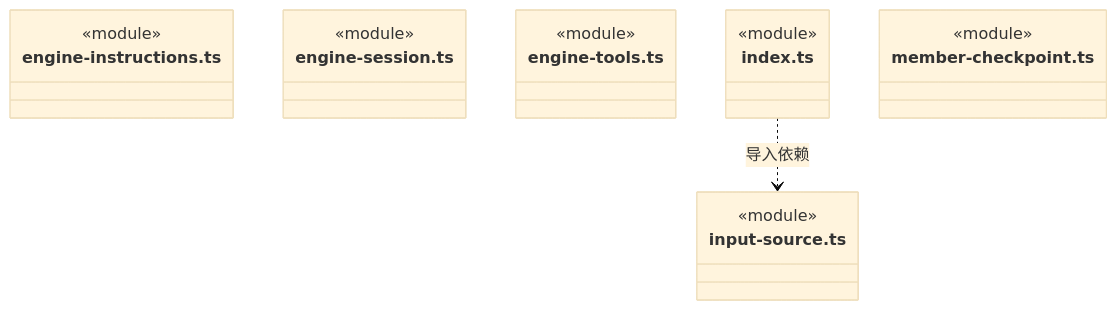
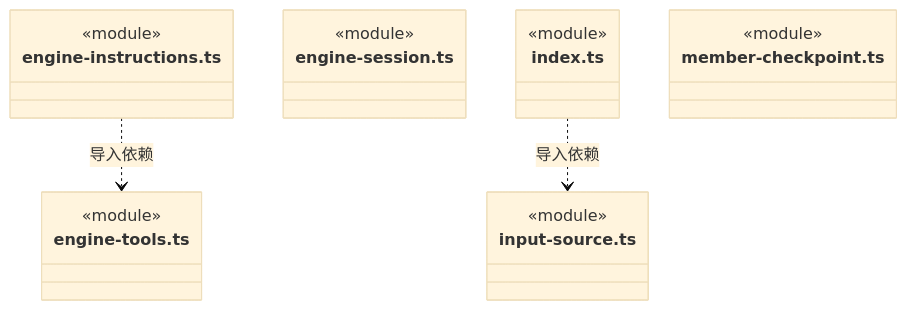
One commit to nan023062/cbim changed the second of 19 diagrams in src/backend/core/brain/ARCHITECTURE.md. Above: the diagram before and after it, drawn with Mermaid (base theme). The commit also changed other lines of this file and 356 other files, not shown here.

First line of the commit message:
chore: preserve architecture remediation before desktop 0.1.7 alignment

````diff
--- a/src/backend/core/brain/ARCHITECTURE.md
+++ b/src/backend/core/brain/ARCHITECTURE.md
@@ -62,22 +63,23 @@
 ```mermaid
 classDiagram
 class N_src_backend_core_brain_engine_instructions_ts["engine-instructions.ts"] {
   <<module>>
 }
 class N_src_backend_core_brain_engine_session_ts["engine-session.ts"] {
   <<module>>
 }
 class N_src_backend_core_brain_engine_tools_ts["engine-tools.ts"] {
   <<module>>
 }
 class N_src_backend_core_brain_index_ts["index.ts"] {
   <<module>>
 }
 class N_src_backend_core_brain_input_source_ts["input-source.ts"] {
   <<module>>
 }
 class N_src_backend_core_brain_member_checkpoint_ts["member-checkpoint.ts"] {
   <<module>>
 }
+N_src_backend_core_brain_engine_instructions_ts ..> N_src_backend_core_brain_engine_tools_ts : 导入依赖
 N_src_backend_core_brain_index_ts ..> N_src_backend_core_brain_input_source_ts : 导入依赖
 ```
````
